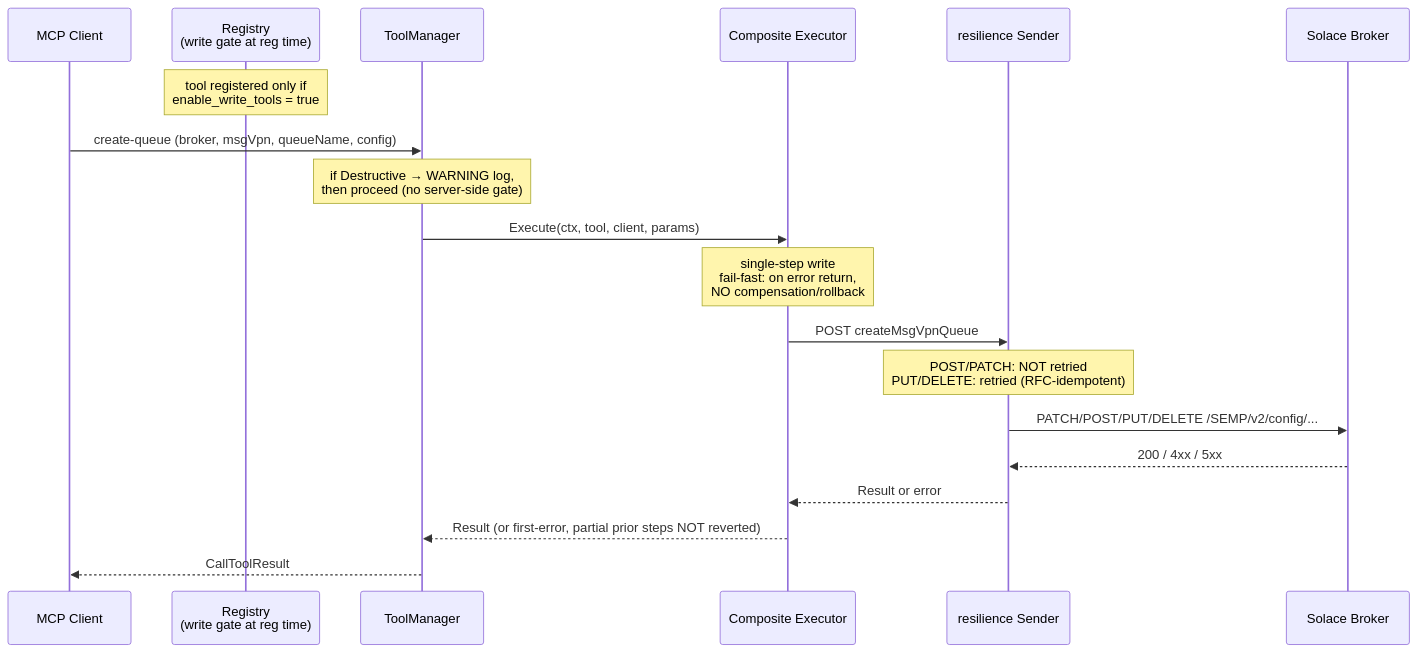
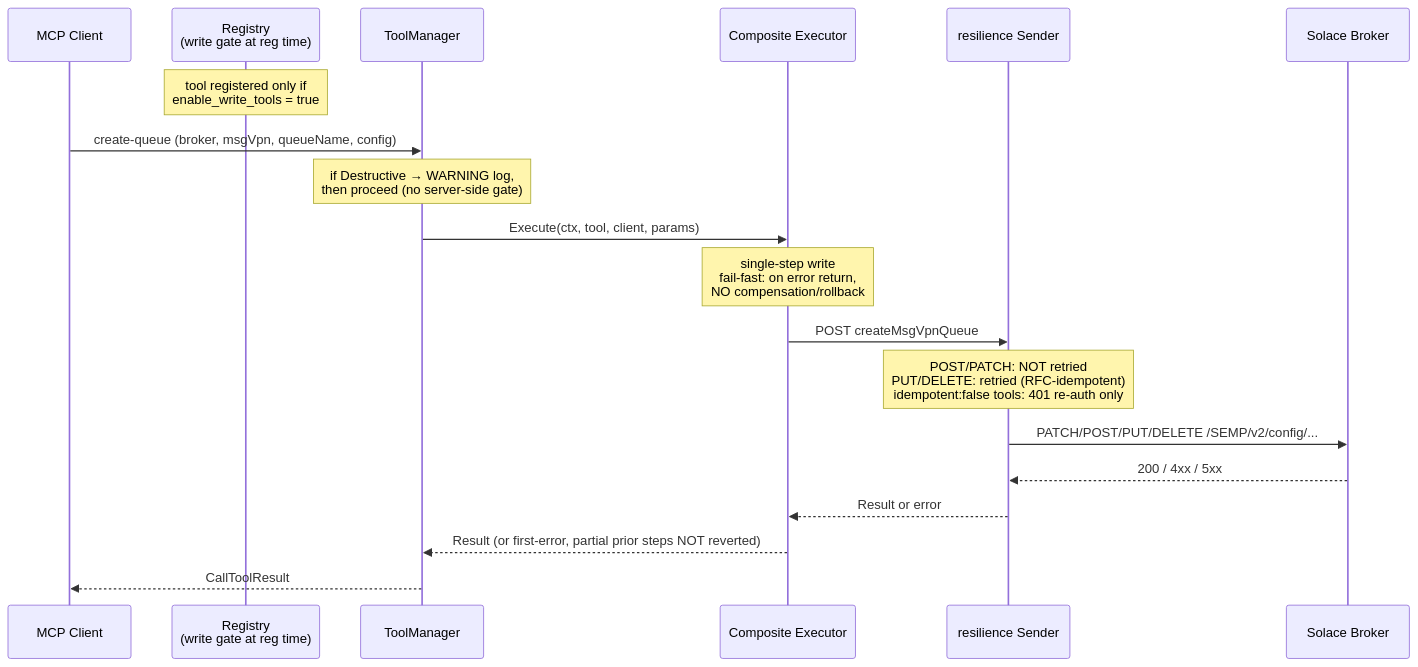
One commit to SolaceProducts/solace-broker-mcp changed the fourth of 6 diagrams in docs/internal/architecture.md. Above: the diagram before and after it, drawn with Mermaid. The commit also changed other lines of this file and 11 other files, not shown here.

````diff
--- a/docs/internal/architecture.md
+++ b/docs/internal/architecture.md
@@ -286,22 +286,22 @@
 ```mermaid
 sequenceDiagram
     participant User as MCP Client
     participant Reg as Registry<br/>(write gate at reg time)
     participant Mgr as ToolManager
     participant Exec as Composite Executor
     participant Sender as resilience Sender
     participant Broker as Solace Broker
 
     Note over Reg: tool registered only if<br/>enable_write_tools = true
     User->>Mgr: create-queue (broker, msgVpn, queueName, config)
     Note over Mgr: if Destructive → WARNING log,<br/>then proceed (no server-side gate)
     Mgr->>Exec: Execute(ctx, tool, client, params)
     Note over Exec: single-step write<br/>fail-fast: on error return,<br/>NO compensation/rollback
     Exec->>Sender: POST createMsgVpnQueue
-    Note over Sender: POST/PATCH: NOT retried<br/>PUT/DELETE: retried (RFC-idempotent)
+    Note over Sender: POST/PATCH: NOT retried<br/>PUT/DELETE: retried (RFC-idempotent)<br/>idempotent:false tools: 401 re-auth only
     Sender->>Broker: PATCH/POST/PUT/DELETE /SEMP/v2/config/...
     Broker-->>Sender: 200 / 4xx / 5xx
     Sender-->>Exec: Result or error
     Exec-->>Mgr: Result (or first-error, partial prior steps NOT reverted)
     Mgr-->>User: CallToolResult
 ```
````
